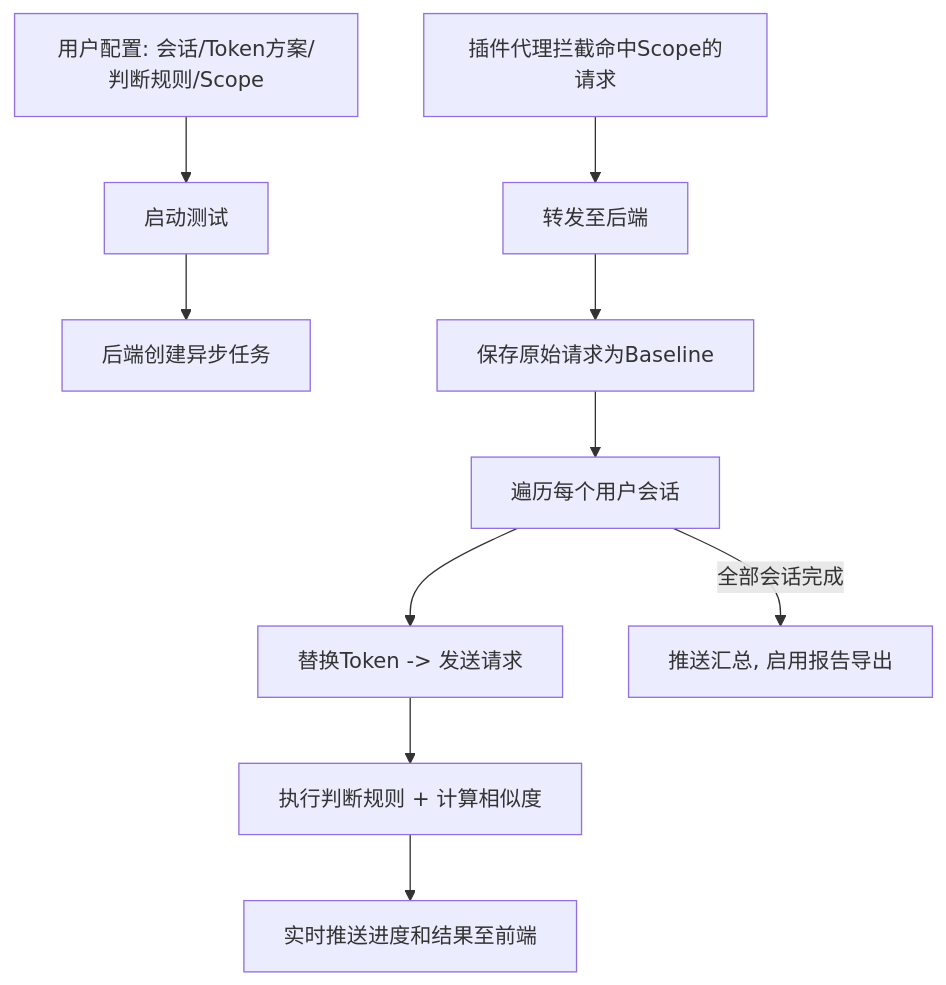
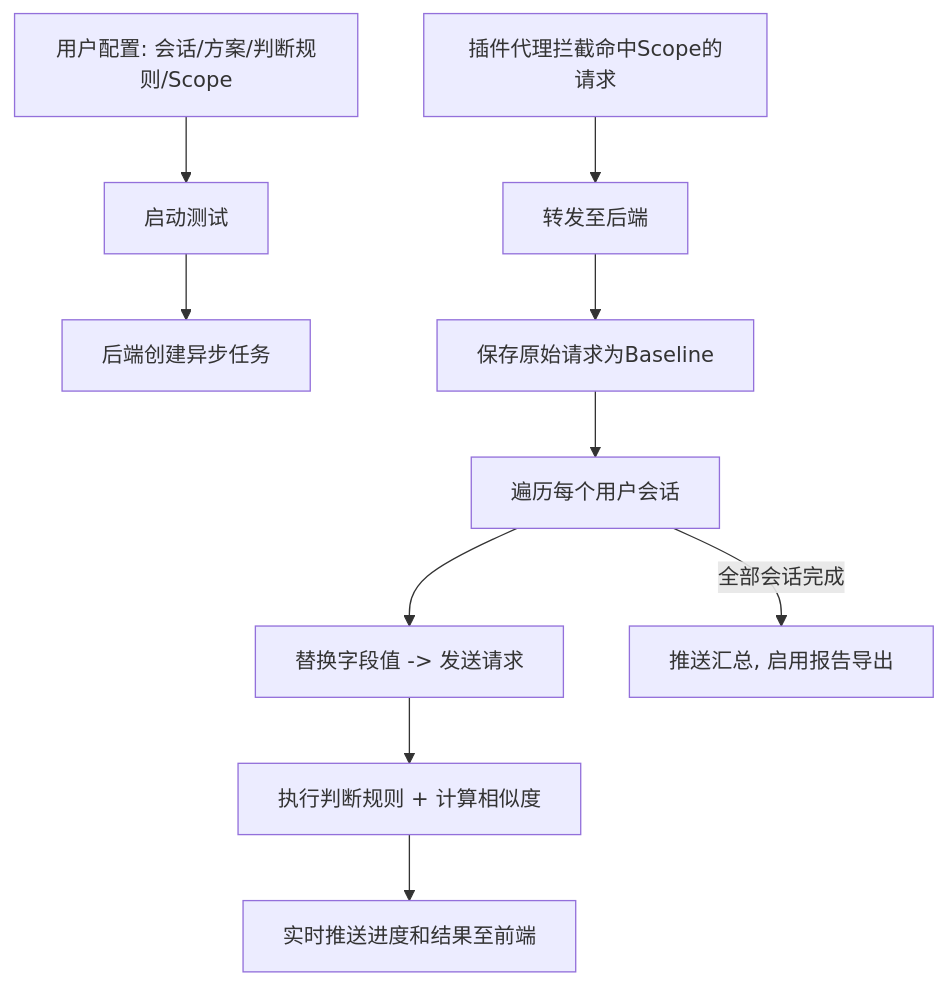
The fourth of 6 diagrams in doc/design/分离式架构_PRD.md (GitHubNull/repeaterManger), drawn with Mermaid before and after one commit. The commit also changed other lines of this file and 34 other files, not shown here.

````diff
--- a/doc/design/分离式架构_PRD.md
+++ b/doc/design/分离式架构_PRD.md
@@ -417,13 +440,13 @@
 ```mermaid
 graph TB
-    A["用户配置: 会话/Token方案/判断规则/Scope"] --> B["启动测试"]
+    A["用户配置: 会话/方案/判断规则/Scope"] --> B["启动测试"]
     B --> C["后端创建异步任务"]
 
     D["插件代理拦截命中Scope的请求"] --> E["转发至后端"]
     E --> F["保存原始请求为Baseline"]
     F --> G["遍历每个用户会话"]
-    G --> H["替换Token -> 发送请求"]
+    G --> H["替换字段值 -> 发送请求"]
     H --> I["执行判断规则 + 计算相似度"]
     I --> J["实时推送进度和结果至前端"]
     G -->|"全部会话完成"| K["推送汇总, 启用报告导出"]
 ```
````
